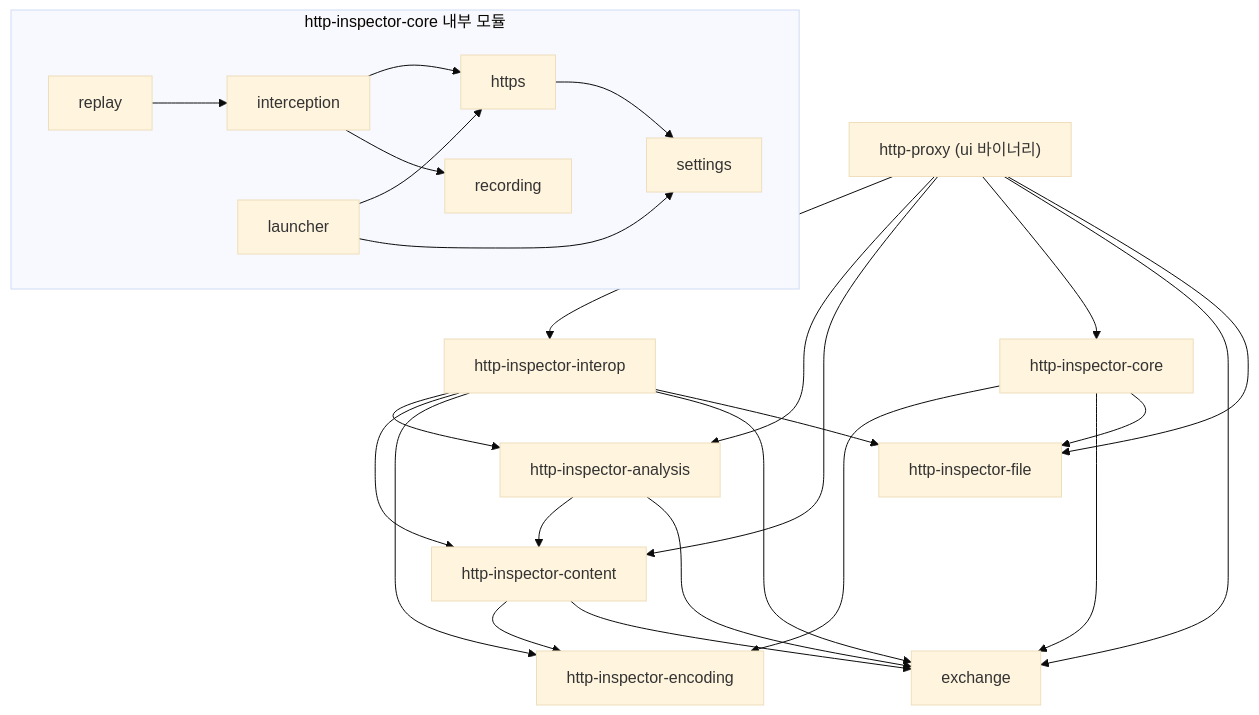
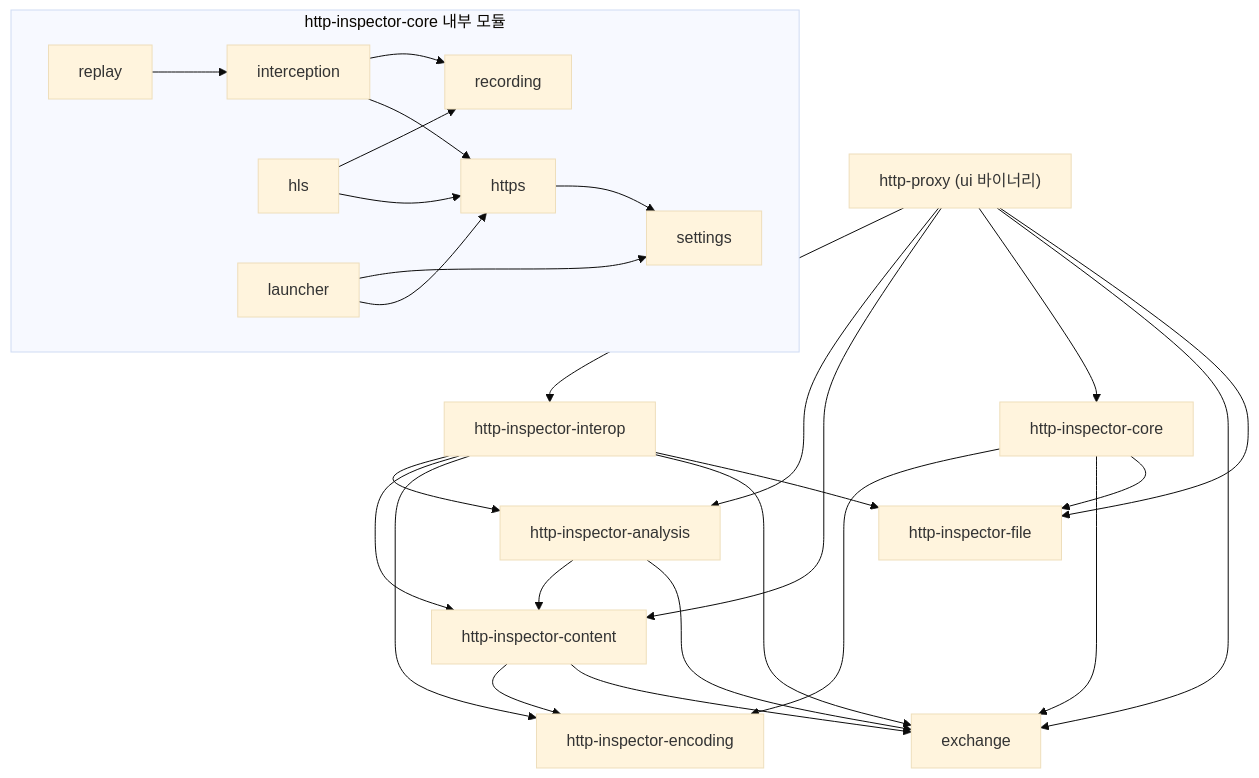
One commit to leedonggyu1848/http_proxy changed the diagram in docs/development.md. Above: the diagram before and after it, drawn with Mermaid (base theme). The commit also changed other lines of this file and 24 other files, not shown here.

````diff
--- a/docs/development.md
+++ b/docs/development.md
@@ -145,16 +145,17 @@
 ```mermaid
 graph TD
   ui["http-proxy (ui 바이너리)"] --> interop & analysis & content & core & exchange & file
   interop["http-inspector-interop"] --> analysis & content & encoding & exchange & file
   analysis["http-inspector-analysis"] --> content & exchange
   content["http-inspector-content"] --> encoding & exchange
   core["http-inspector-core"] --> encoding & exchange & file["http-inspector-file"]
   encoding["http-inspector-encoding"]
 
   subgraph core_inner["http-inspector-core 내부 모듈"]
     replay --> interception
     interception --> https & recording
+    hls --> https & recording
     launcher --> https & settings
     https --> settings
   end
 ```
````
